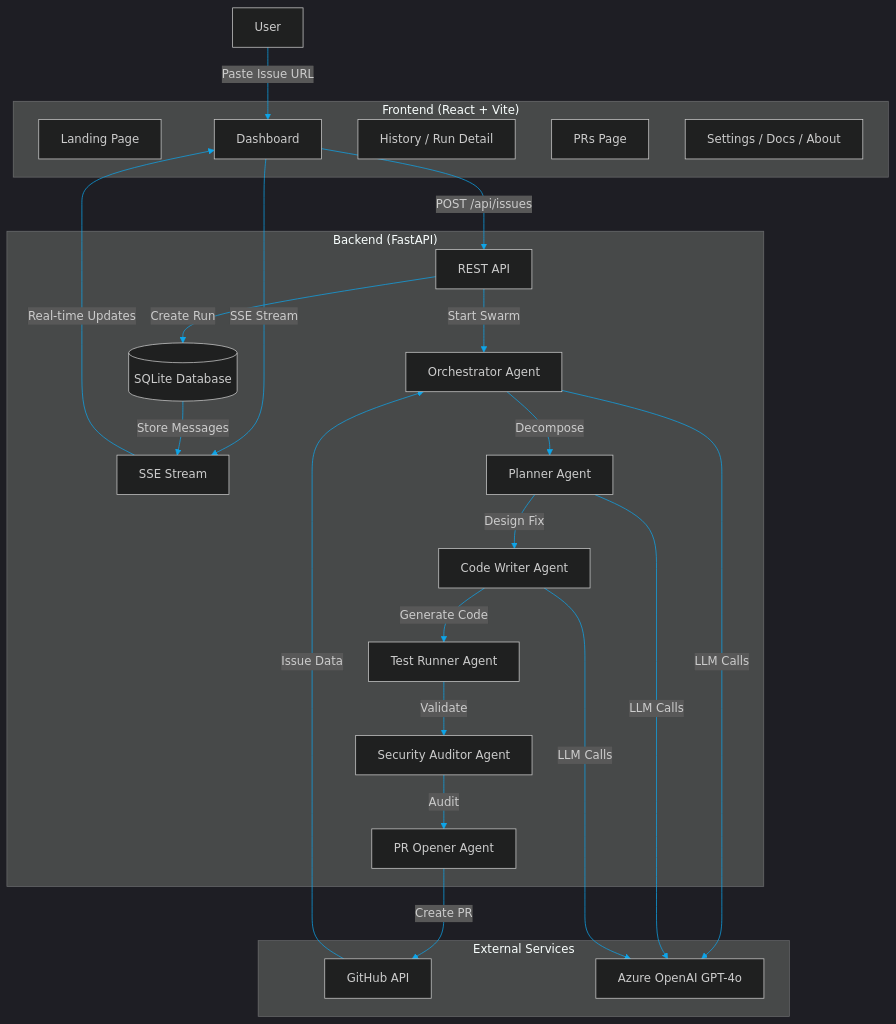
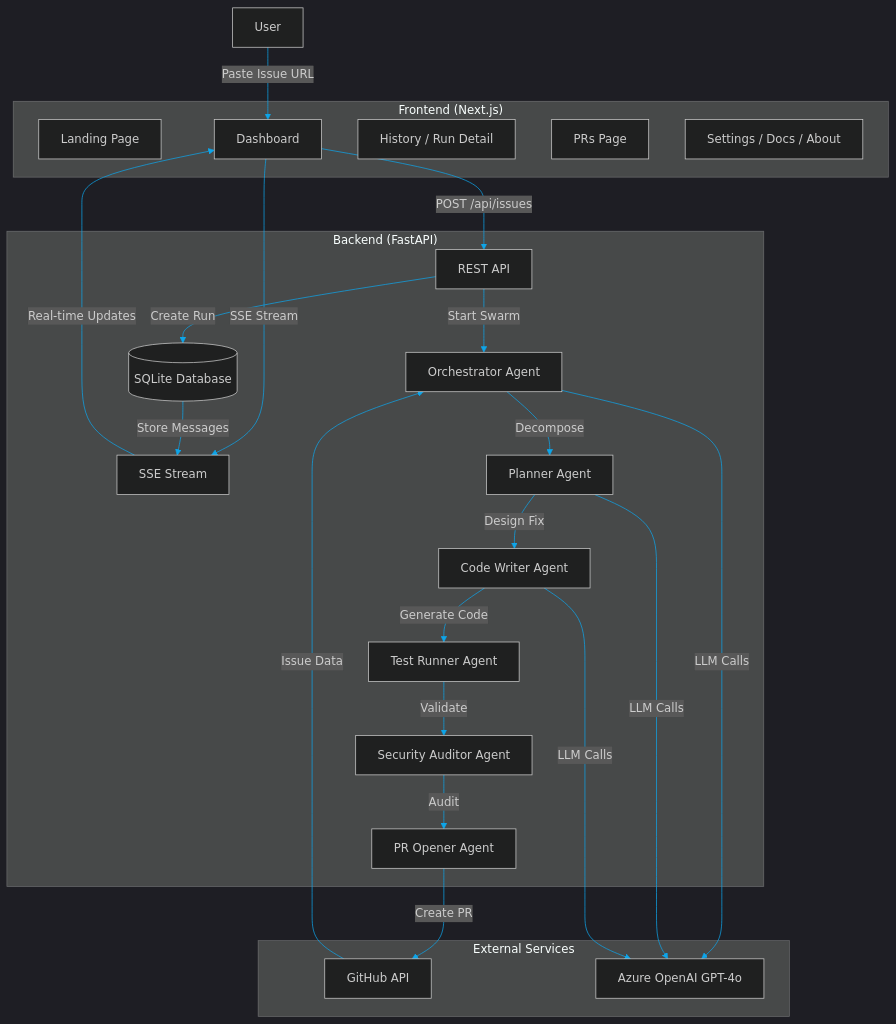
One commit to KunjShah95/swarmops changed the first of 2 diagrams in README.md. Above: the diagram before and after it, drawn with Mermaid. The commit also changed other lines of this file and 115 other files, not shown here.

````diff
--- a/README.md
+++ b/README.md
@@ -11,46 +11,46 @@
 ```mermaid
 %%{init: {'theme':'dark', 'themeVariables': { 'primaryColor': '#1e293b', 'primaryTextColor': '#e2e8f0', 'lineColor': '#0ea5e9' }}}%%
 graph TB
-    subgraph Frontend["Frontend (React + Vite)"]
+    subgraph Frontend["Frontend (Next.js)"]
         LP[Landing Page]
         DB[Dashboard]
         HR[History / Run Detail]
         PRS[PRs Page]
         ST[Settings / Docs / About]
     end
 
     subgraph Backend["Backend (FastAPI)"]
         API[REST API]
         SSE[SSE Stream]
         ORCH[Orchestrator Agent]
         PLAN[Planner Agent]
         CODE[Code Writer Agent]
         TEST[Test Runner Agent]
         SEC[Security Auditor Agent]
         PRO[PR Opener Agent]
         DB2[(SQLite Database)]
     end
 
     subgraph External["External Services"]
         GH[GitHub API]
         AOAI[Azure OpenAI GPT-4o]
     end
 
     User -->|Paste Issue URL| DB
     DB -->|POST /api/issues| API
     API -->|Create Run| DB2
     API -->|Start Swarm| ORCH
     ORCH -->|Decompose| PLAN
     PLAN -->|Design Fix| CODE
     CODE -->|Generate Code| TEST
     TEST -->|Validate| SEC
     SEC -->|Audit| PRO
     PRO -->|Create PR| GH
     ORCH -->|LLM Calls| AOAI
     PLAN -->|LLM Calls| AOAI
     CODE -->|LLM Calls| AOAI
     DB -->|SSE Stream| SSE
     SSE -->|Real-time Updates| DB
     GH -->|Issue Data| ORCH
     DB2 -->|Store Messages| SSE
 ```
````
